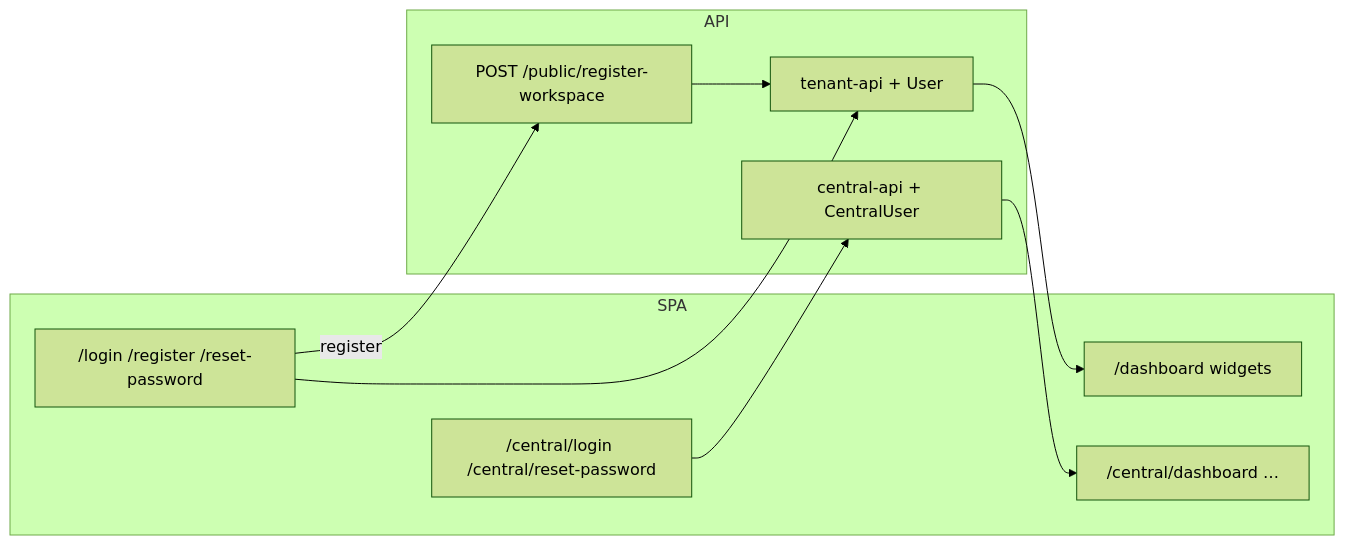
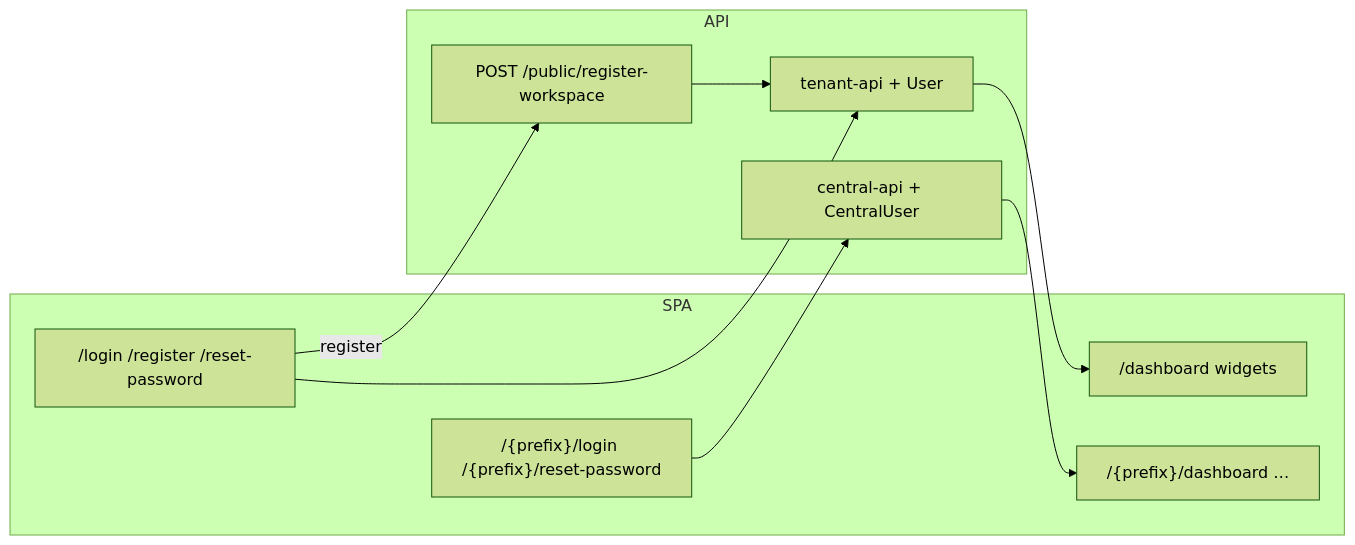
One commit to DiligentCreators/EloSync-Docs changed the diagram in docs/developer-guide/authentication.md. Above: the diagram before and after it, drawn with Mermaid (forest theme). The commit also changed other lines of this file and 7 other files, not shown here.

First line of the commit message:
Document configurable Central path prefix and failed-login alerts.

````diff
--- a/docs/developer-guide/authentication.md
+++ b/docs/developer-guide/authentication.md
@@ -21,22 +41,22 @@
 ```mermaid
 flowchart LR
   subgraph SPA
     TAuth["/login /register /reset-password"]
-    CAuth["/central/login /central/reset-password"]
+    CAuth["/{prefix}/login /{prefix}/reset-password"]
     TDash["/dashboard widgets"]
-    CAdmin["/central/dashboard …"]
+    CAdmin["/{prefix}/dashboard …"]
   end
 
   subgraph API
     TAPI["tenant-api + User"]
     CAPI["central-api + CentralUser"]
     Reg["POST /public/register-workspace"]
   end
 
   TAuth --> TAPI
   CAuth --> CAPI
   TAuth -->|register| Reg
   Reg --> TAPI
   TAPI --> TDash
   CAPI --> CAdmin
 ```
````
